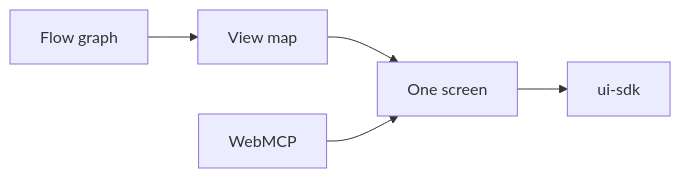
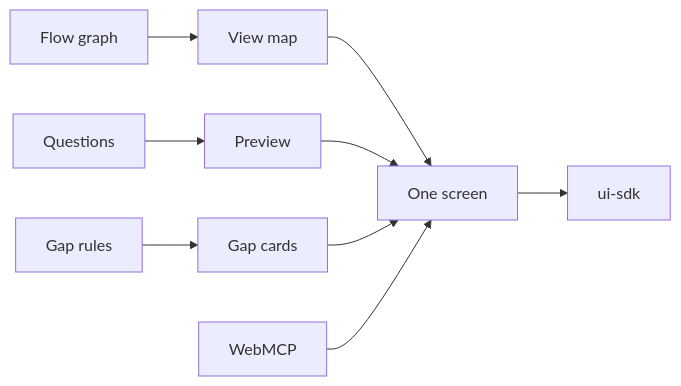
One commit to p10ns11y/visualizer changed the first of 2 diagrams in docs/ARCHITECTURE-LAYERS.md. Above: the diagram before and after it, drawn with Mermaid. The commit also changed other lines of this file and 44 other files, not shown here.

First line of the commit message:
Show questions, a live preview, and gap cards while asking (#20)

````diff
--- a/docs/ARCHITECTURE-LAYERS.md
+++ b/docs/ARCHITECTURE-LAYERS.md
@@ -3,7 +3,11 @@
 ```mermaid
 flowchart LR
   flowGraph[Flow graph] --> viewMap[View map]
   viewMap --> screen[One screen]
+  questions[Questions] --> preview[Preview]
+  rules[Gap rules] --> cards[Gap cards]
+  preview --> screen
+  cards --> screen
   webmcp[WebMCP] --> screen
   screen --> uiSdk[ui-sdk]
 ```
````
